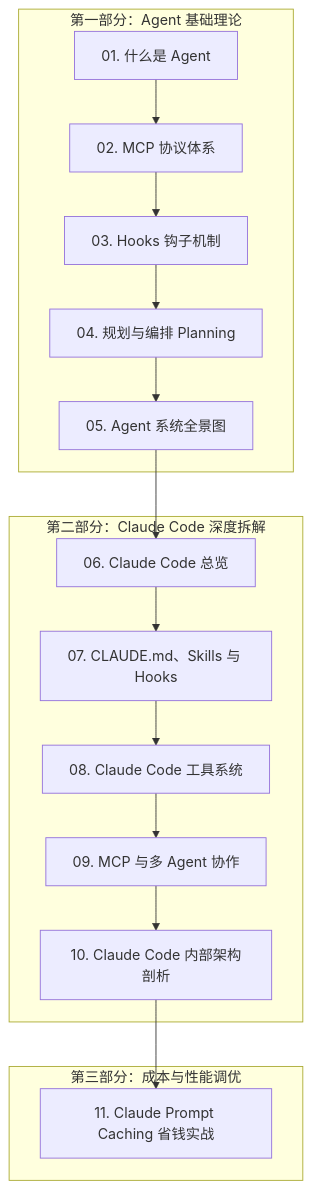
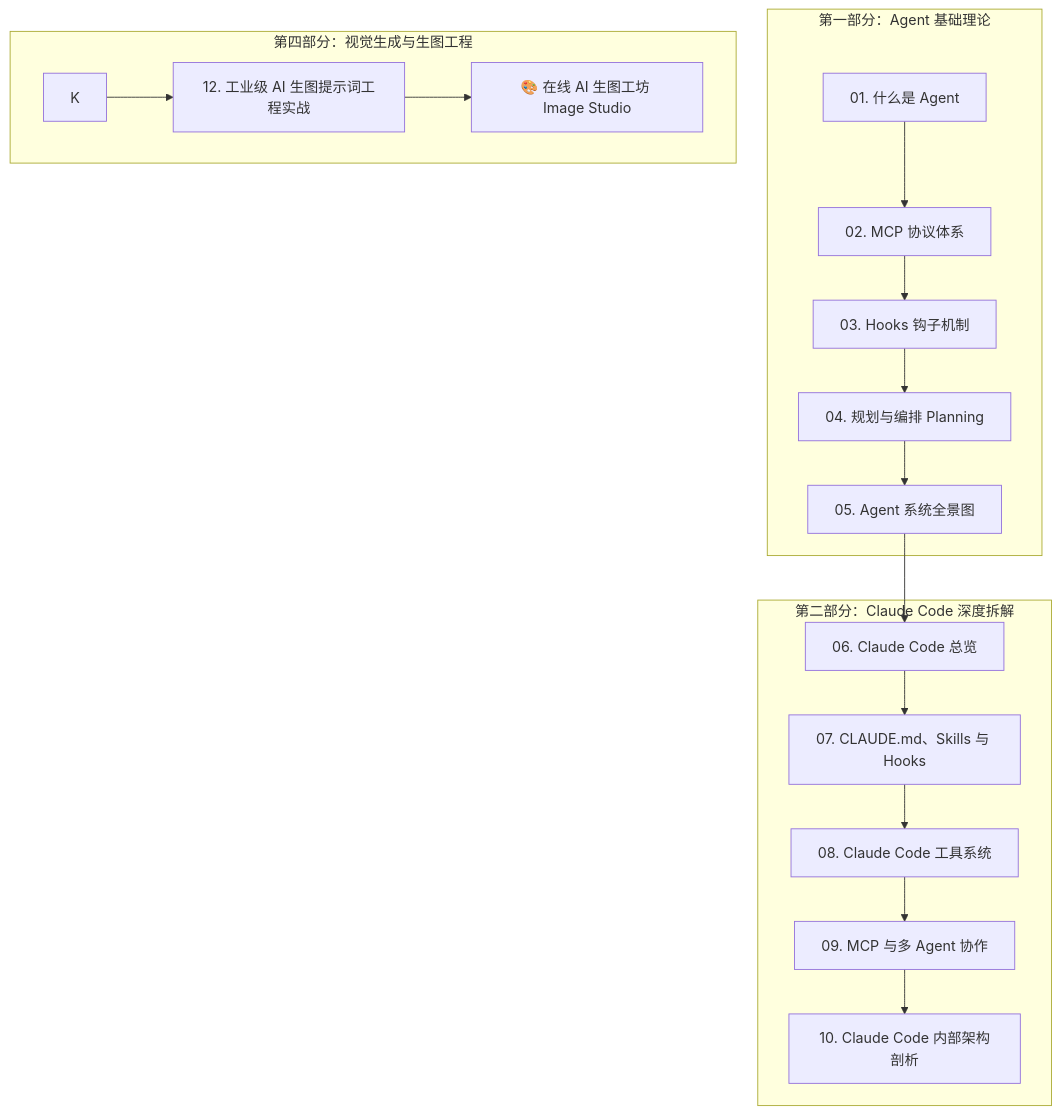
The diagram in docs/ai/index.md (youngxuesong/dev-notes), drawn with Mermaid before and after one commit. The commit also changed other lines of this file and 3 other files, not shown here.

Commit message:
docs(ai): add comprehensive guide on generative vision prompt engineering

````diff
--- a/docs/ai/index.md
+++ b/docs/ai/index.md
@@ -12,21 +12,22 @@
 ```mermaid
 graph TD
     subgraph Agent_Theory [第一部分：Agent 基础理论]
         A[01. 什么是 Agent] --> B[02. MCP 协议体系]
         B --> C[03. Hooks 钩子机制]
         C --> D[04. 规划与编排 Planning]
         D --> E[05. Agent 系统全景图]
     end
 
     subgraph Claude_Code_Architecture [第二部分：Claude Code 深度拆解]
         E --> F[06. Claude Code 总览]
         F --> G[07. CLAUDE.md、Skills 与 Hooks]
         G --> H[08. Claude Code 工具系统]
         H --> I[09. MCP 与多 Agent 协作]
         I --> J[10. Claude Code 内部架构剖析]
     end
 
-    subgraph Optimization [第三部分：成本与性能调优]
-        J --> K[11. Claude Prompt Caching 省钱实战]
+    subgraph Vision_Engineering [第四部分：视觉生成与生图工程]
+        K --> L[12. 工业级 AI 生图提示词工程实战]
+        L --> M[🎨 在线 AI 生图工坊 Image Studio]
     end
 ```
````
